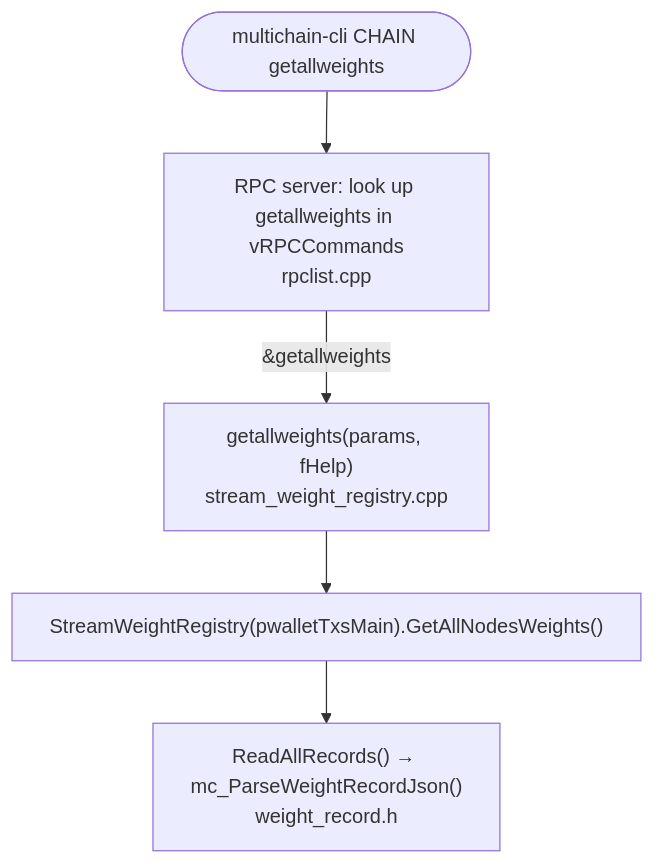
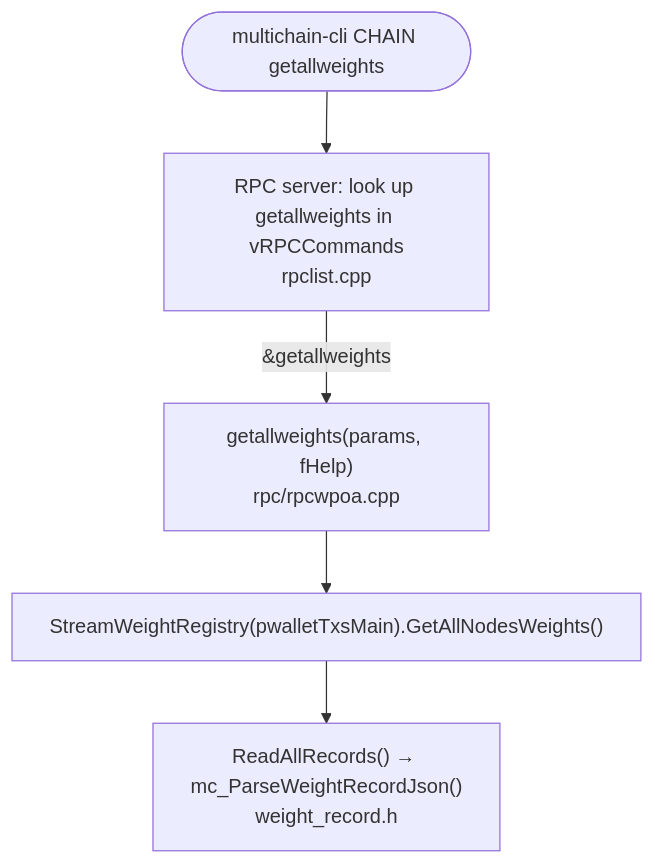
The second of 2 diagrams in docs/rpc-registration.md (FeMattu/multichain), drawn with Mermaid before and after one commit. The commit also changed other lines of this file and 18 other files, not shown here.

````diff
--- a/docs/rpc-registration.md
+++ b/docs/rpc-registration.md
@@ -147,7 +156,7 @@
 ```mermaid
 flowchart TD
     CLIENT([multichain-cli CHAIN getallweights]) --> SERVER
     SERVER[RPC server: look up getallweights in vRPCCommands<br/>rpclist.cpp] -->|&getallweights| HANDLER
-    HANDLER["getallweights(params, fHelp)<br/>stream_weight_registry.cpp"] --> METHOD["StreamWeightRegistry(pwalletTxsMain).GetAllNodesWeights()"]
+    HANDLER["getallweights(params, fHelp)<br/>rpc/rpcwpoa.cpp"] --> METHOD["StreamWeightRegistry(pwalletTxsMain).GetAllNodesWeights()"]
     METHOD --> READ["ReadAllRecords() → mc_ParseWeightRecordJson()<br/>weight_record.h"]
 ```
````
